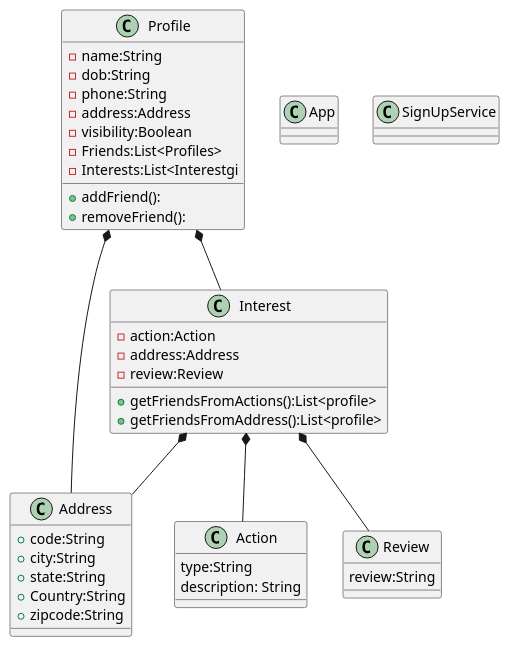
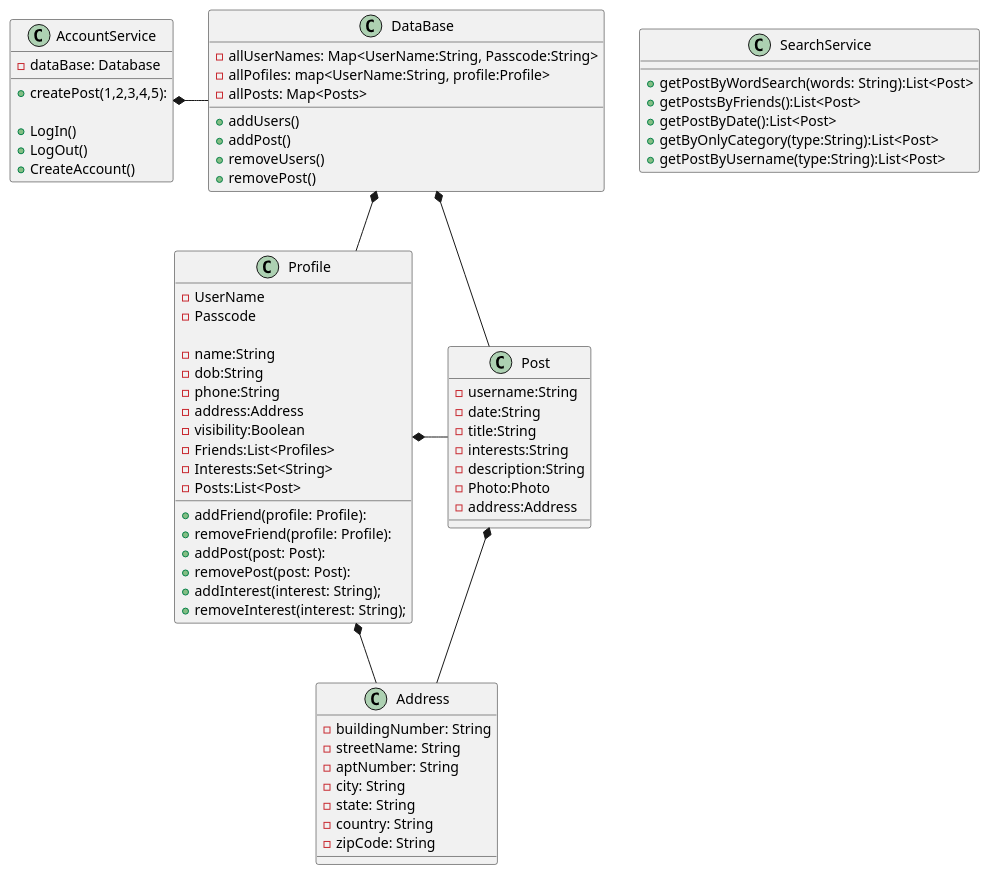
Before and after one commit to Fabdulla1/HobbyTree: the diagram in src/main/resources/InterestServiceClassDiagram.puml, drawn with PlantUML. The commit also changed 9 other files, not shown here.

Commit message:
Everything is coded but search word

```diff
--- a/src/main/resources/InterestServiceClassDiagram.puml
+++ b/src/main/resources/InterestServiceClassDiagram.puml
@@ -1,56 +1,86 @@
 @startuml
 'https://plantuml.com/class-diagram
 
+class DataBase {
+    -allUserNames: Map<UserName:String, Passcode:String>
+    -allPofiles: map<UserName:String, profile:Profile>
+    -allPosts: Map<Posts>
+
+    + addUsers()
+    + addPost()
+    + removeUsers()
+    + removePost()
+}
+
 class Profile {
+    - UserName
+    - Passcode
+
     - name:String
     - dob:String
     - phone:String
     - address:Address
     - visibility:Boolean
     - Friends:List<Profiles>
-    - Interests:List<Interestgi
+    - Interests:Set<String>
+    - Posts:List<Post>
 
-    + addFriend():
-    + removeFriend():
+    + addFriend(profile: Profile):
+    + removeFriend(profile: Profile):
+    + addPost(post: Post):
+    + removePost(post: Post):
+    + addInterest(interest: String);
+    + removeInterest(interest: String);
 
 }
 
-class Interest {
-    - action:Action
+class Post {
+    - username:String
+    - date:String
+    - title:String
+    - interests:String
+    - description:String
+    - Photo:Photo
     - address:Address
-    - review:Review
-
-    + getFriendsFromActions():List<profile>
-    + getFriendsFromAddress():List<profile>
 }
 
 class Address {
-    + code:String
-    + city:String
-    + state:String
-    + Country:String
-    + zipcode:String
+    - buildingNumber: String
+    - streetName: String
+    - aptNumber: String
+    - city: String
+    - state: String
+    - country: String
+    - zipCode: String
+}
+
+class AccountService {
+    - dataBase: Database
+
+    + createPost(1,2,3,4,5):
+
+    + LogIn()
+    + LogOut()
+    + CreateAccount()
+}
+
+class SearchService {
+    + getPostByWordSearch(words: String):List<Post>
+    + getPostsByFriends():List<Post>
+    + getPostByDate():List<Post>
+    + getByOnlyCategory(type:String):List<Post>
+    + getPostByUsername(type:String):List<Post>
 
 }
 
-class Action {
-    type:String
-    description: String
-}
+AccountService *- DataBase
 
-class Review {
-    review:String
-}
+DataBase *-- Profile
+DataBase *-- Post
 
-class App {}
-class SignUpService {}
-
-Profile *-- Interest
+Profile *- Post
 Profile *-- Address
 
-Interest *-- Address
-Interest *-- Action
-Interest *-- Review
-
+Post *- Address
 
 @enduml
```
